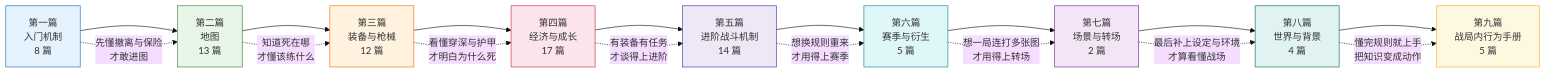
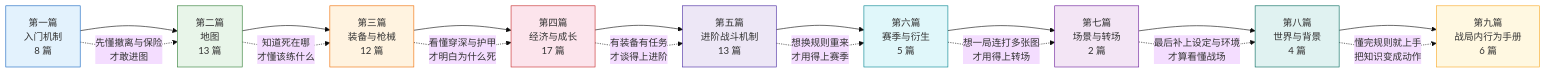
The diagram in content/README.md (GTX950L/tarkov-encyclopedia), drawn with Mermaid (base theme) before and after one commit. The commit also changed other lines of this file and 12 other files, not shown here.

````diff
--- a/content/README.md
+++ b/content/README.md
@@ -16,30 +16,30 @@
 ```mermaid
 flowchart LR
     A[第一篇<br/>入门机制<br/>8 篇] --> B[第二篇<br/>地图<br/>13 篇]
     B --> C[第三篇<br/>装备与枪械<br/>12 篇]
     C --> D[第四篇<br/>经济与成长<br/>17 篇]
-    D --> E[第五篇<br/>进阶战斗机制<br/>14 篇]
+    D --> E[第五篇<br/>进阶战斗机制<br/>13 篇]
     E --> F[第六篇<br/>赛季与衍生<br/>5 篇]
     F --> G[第七篇<br/>场景与转场<br/>2 篇]
     G --> H[第八篇<br/>世界与背景<br/>4 篇]
-    H --> I[第九篇<br/>战局内行为手册<br/>5 篇]
+    H --> I[第九篇<br/>战局内行为手册<br/>6 篇]
 
     A -. 先懂撤离与保险<br/>才敢进图 .-> B
     B -. 知道死在哪<br/>才懂该练什么 .-> C
     C -. 看懂穿深与护甲<br/>才明白为什么死 .-> D
     D -. 有装备有任务<br/>才谈得上进阶 .-> E
     E -. 想换规则重来<br/>才用得上赛季 .-> F
     F -. 想一局连打多张图<br/>才用得上转场 .-> G
     G -. 最后补上设定与环境<br/>才算看懂战场 .-> H
     H -. 懂完规则就上手<br/>把知识变成动作 .-> I
 
     style A fill:#e3f2fd,stroke:#1565c0
     style B fill:#e8f5e9,stroke:#2e7d32
     style C fill:#fff3e0,stroke:#ef6c00
     style D fill:#fce4ec,stroke:#c62828
     style E fill:#ede7f6,stroke:#4527a0
     style F fill:#e0f7fa,stroke:#00838f
     style G fill:#f3e5f5,stroke:#6a1b9a
     style H fill:#e0f2f1,stroke:#00695c
     style I fill:#fff8e1,stroke:#f9a825
 ```
````
